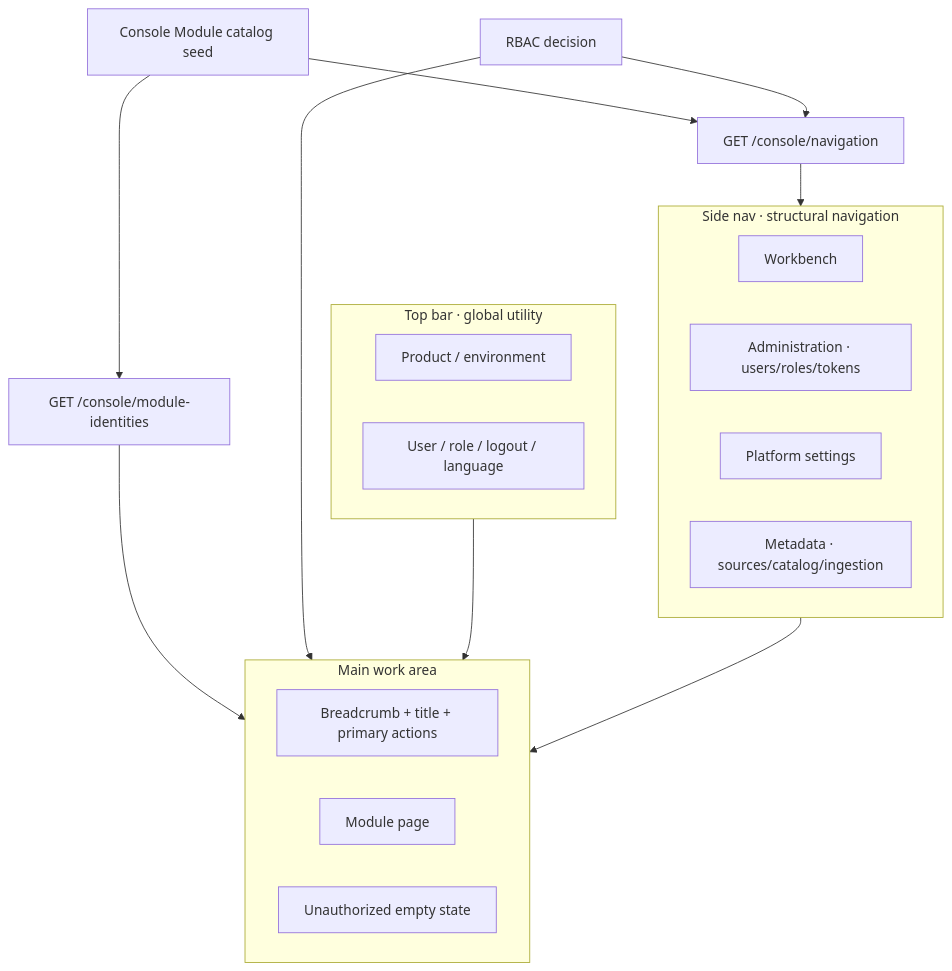
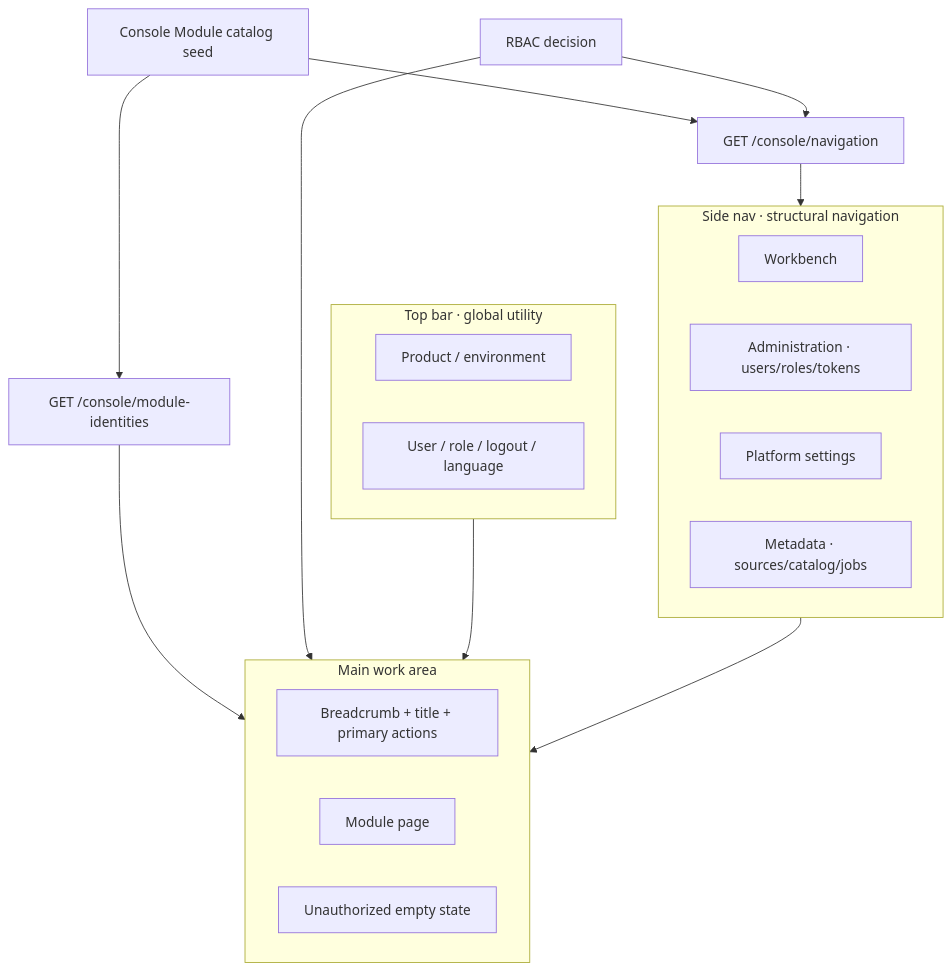
Before and after one commit to hughluang/refraq: the diagram in docs/business-management-console.md, drawn with Mermaid. The commit also changed other lines of this file and 14 other files, not shown here.

First line of the commit message:
refactor(metadata): update terminology and enhance API contracts for Sources and Jobs

````diff
--- a/docs/business-management-console.md
+++ b/docs/business-management-console.md
@@ -136,29 +135,29 @@
 ```mermaid
 flowchart TB
   subgraph TopBar["Top bar · global utility"]
     Brand["Product / environment"]
     UserMenu["User / role / logout / language"]
   end
 
   subgraph SideNav["Side nav · structural navigation"]
     G1["Workbench"]
     G2["Administration · users/roles/tokens"]
     G3["Platform settings"]
-    G4["Metadata · sources/catalog/ingestion"]
+    G4["Metadata · sources/catalog/jobs"]
   end
 
   subgraph Main["Main work area"]
     Chrome["Breadcrumb + title + primary actions"]
     Body["Module page"]
     Empty["Unauthorized empty state"]
   end
 
   Catalog["Console Module catalog seed"] --> NavAPI["GET /console/navigation"]
   Catalog --> IdAPI["GET /console/module-identities"]
   RBAC["RBAC decision"] --> NavAPI
   NavAPI --> SideNav
   IdAPI --> Main
   RBAC --> Main
   TopBar --> Main
   SideNav --> Main
 ```
````
